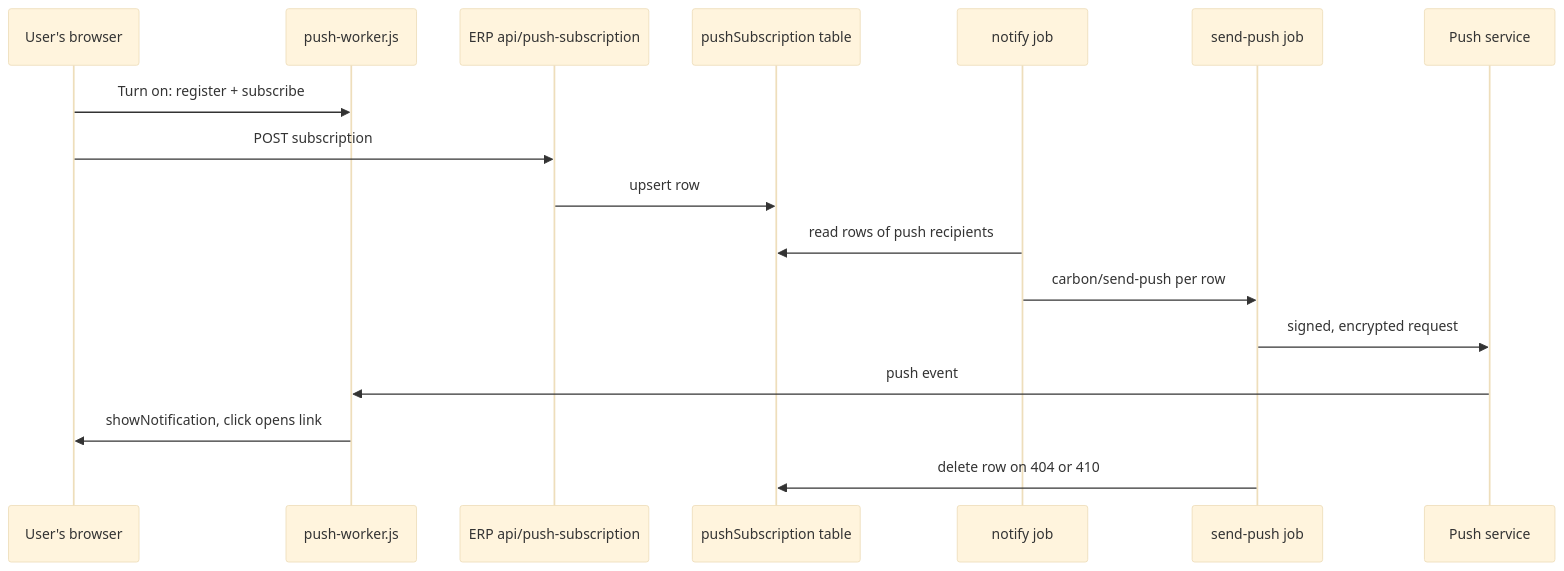
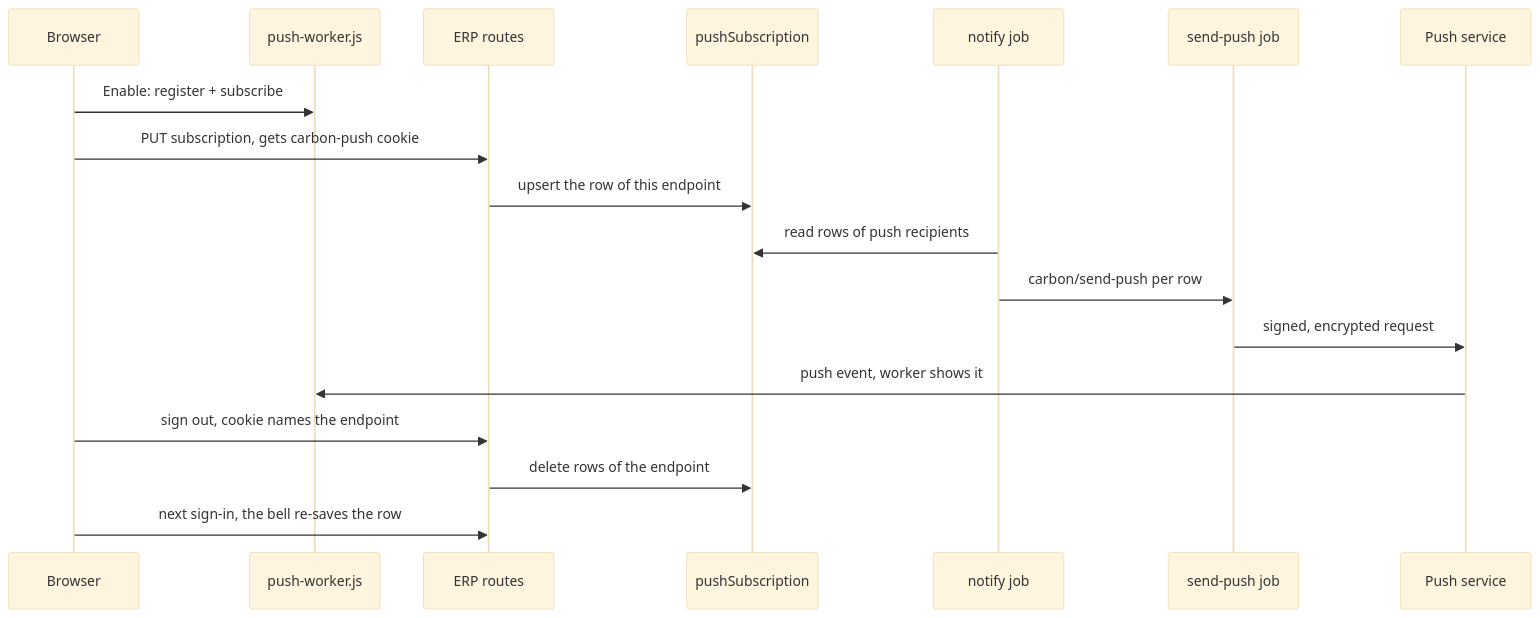
The first of 2 diagrams in .ai/specs/2026-10-08-web-push-notifications.md (crbnos/carbon), drawn with Mermaid (base theme) before and after one commit. The commit also changed other lines of this file, not shown here.

Commit message:
docs(notifications): spec matches the shipped browser-notifications design

````diff
--- a/.ai/specs/2026-10-08-web-push-notifications.md
+++ b/.ai/specs/2026-10-08-web-push-notifications.md
@@ -17,19 +17,20 @@
 ```mermaid
 sequenceDiagram
-    participant U as User's browser
+    participant U as Browser
     participant SW as push-worker.js
-    participant ERP as ERP api/push-subscription
-    participant DB as pushSubscription table
+    participant ERP as ERP routes
+    participant DB as pushSubscription
     participant N as notify job
     participant S as send-push job
     participant P as Push service
-    U->>SW: Turn on: register + subscribe
-    U->>ERP: POST subscription
-    ERP->>DB: upsert row
+    U->>SW: Enable: register + subscribe
+    U->>ERP: PUT subscription, gets carbon-push cookie
+    ERP->>DB: upsert the row of this endpoint
     N->>DB: read rows of push recipients
     N->>S: carbon/send-push per row
     S->>P: signed, encrypted request
-    P->>SW: push event
-    SW->>U: showNotification, click opens link
-    S->>DB: delete row on 404 or 410
+    P->>SW: push event, worker shows it
+    U->>ERP: sign out, cookie names the endpoint
+    ERP->>DB: delete rows of the endpoint
+    U->>ERP: next sign-in, the bell re-saves the row
 ```
````
